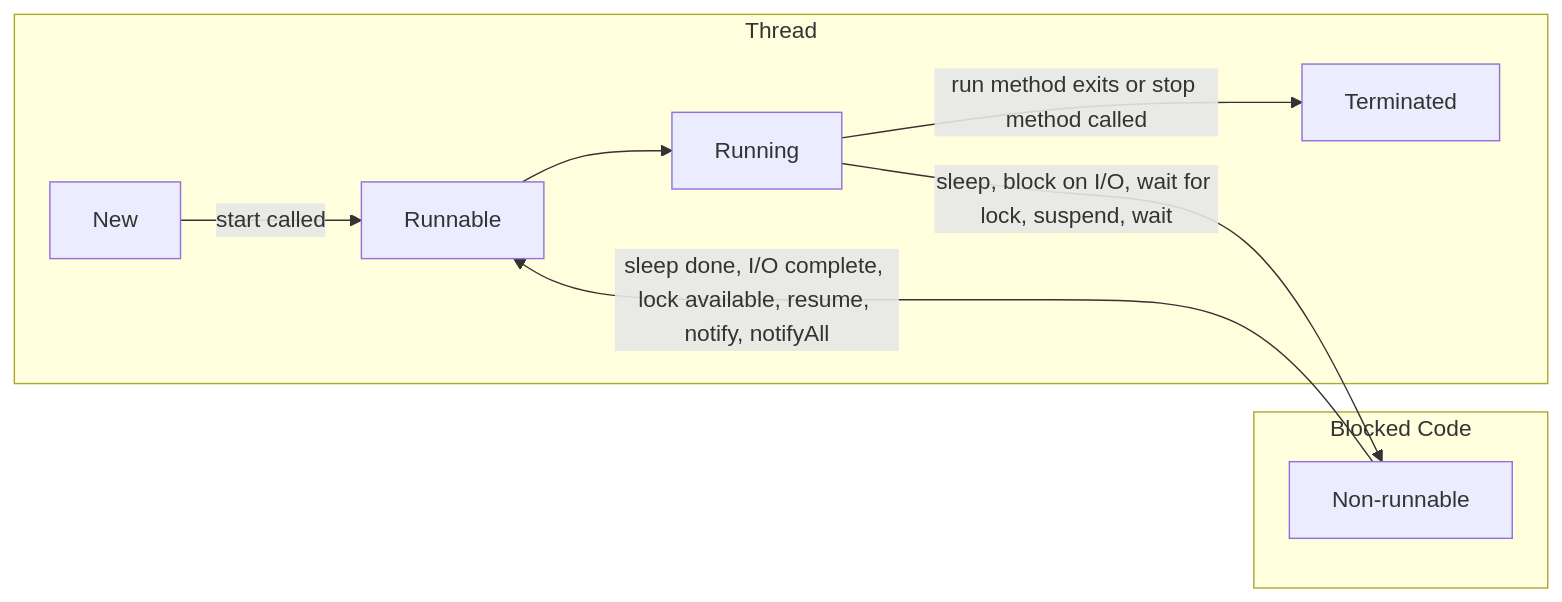
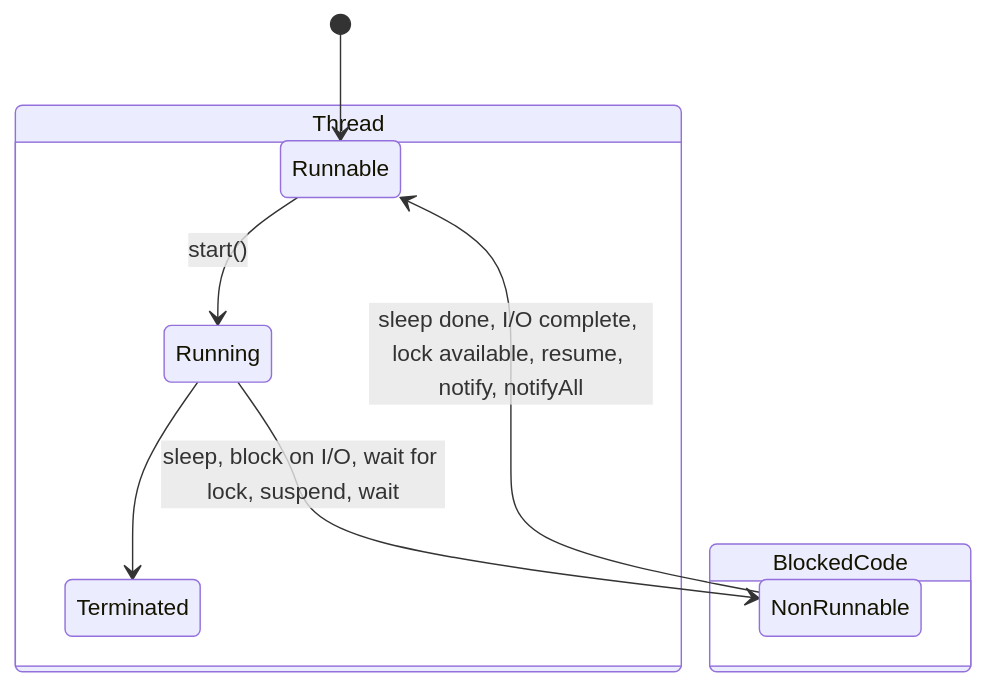
Before and after one commit to chinootes/cs: the diagram in notes/lang.java.concurrency.multithreading.md, drawn with Mermaid. The commit also changed other lines of this file and 8 other files, not shown here.

````diff
--- a/notes/lang.java.concurrency.multithreading.md
+++ b/notes/lang.java.concurrency.multithreading.md
@@ -45,12 +23,19 @@
 ```mermaid
-flowchart LR
-    subgraph Thread
-        New--start called--> Runnable
-        Runnable-->Running
-        Running  --run method exits or stop method called-->Terminated
-    end
-    subgraph Blocked Code
-        Non-runnable --sleep done, I/O complete, lock available, resume, notify, notifyAll--> Runnable
-        Running --sleep, block on I/O, wait for lock, suspend, wait--> Non-runnable
-    end
+stateDiagram
+    state Thread{
+        Runnable 
+        Running 
+        Terminated
+    }
+    state BlockedCode{
+        NonRunnable 
+    }
+
+    [*] --> Runnable
+    Runnable --> Running: start()
+    Running --> Terminated
+
+    Running --> NonRunnable: sleep, block on I/O, wait for lock, suspend, wait
+    NonRunnable --> Runnable: sleep done, I/O complete, lock available, resume, notify, notifyAll
+        
 ```
````
